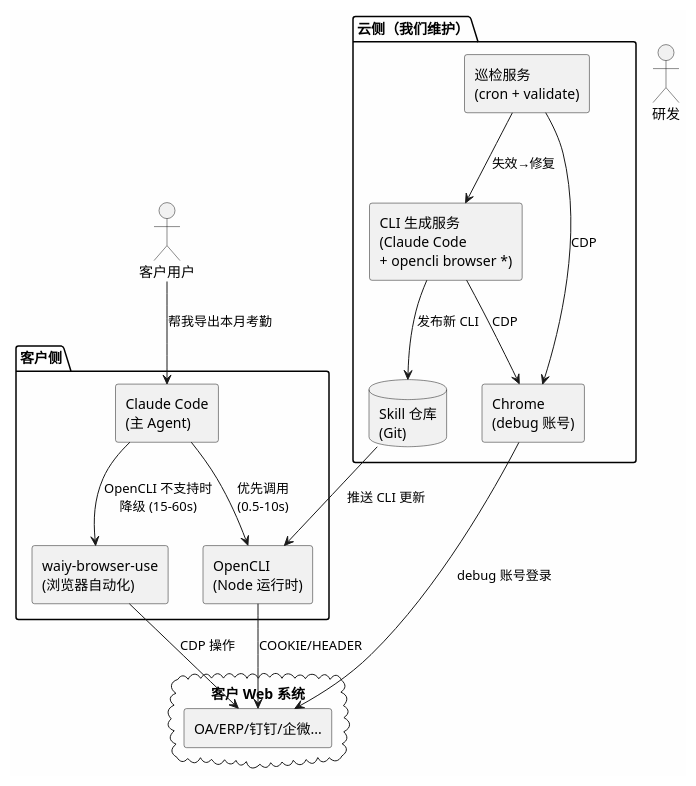
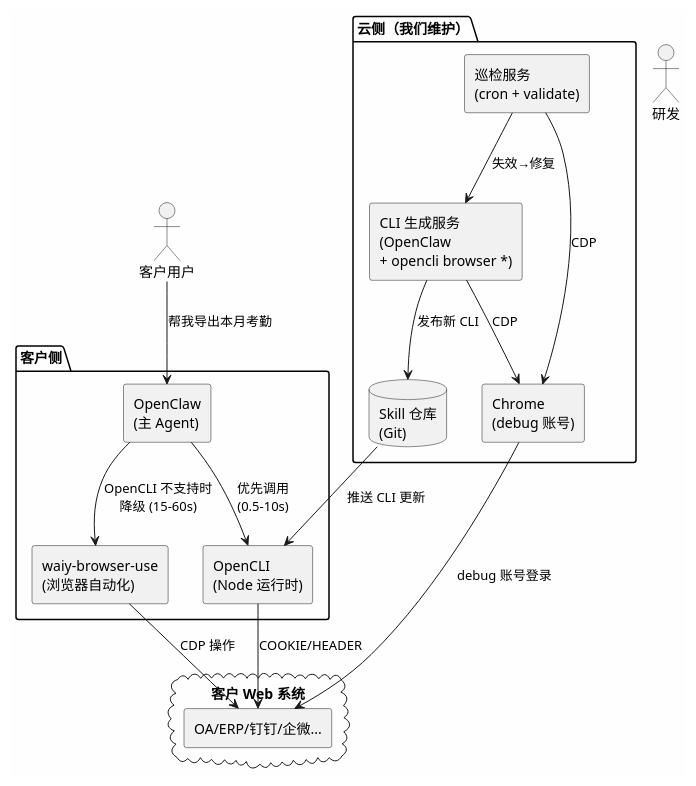
The first of 3 diagrams in doc/office-automation-architecture.md (shadow-cyan/OpenCLI), drawn with PlantUML before and after one commit. The commit also changed other lines of this file, not shown here.

````diff
--- a/doc/office-automation-architecture.md
+++ b/doc/office-automation-architecture.md
@@ -115,41 +184,41 @@
 ```plantuml
 @startuml
 skinparam componentStyle rectangle
 skinparam backgroundColor #FEFEFE
 
 actor "客户用户" as User
 actor "研发" as Dev
 
 package "客户侧" {
-  [Claude Code\n(主 Agent)] as CC
+  [OpenClaw\n(主 Agent)] as CC
   [OpenCLI\n(Node 运行时)] as OC
   [waiy-browser-use\n(浏览器自动化)] as BU
 
   CC --> OC : 优先调用\n(0.5-10s)
   CC --> BU : OpenCLI 不支持时\n降级 (15-60s)
 }
 
 package "云侧（我们维护）" {
-  [CLI 生成服务\n(Claude Code\n+ opencli browser *)] as Factory
+  [CLI 生成服务\n(OpenClaw\n+ opencli browser *)] as Factory
   [巡检服务\n(cron + validate)] as Patrol
   database "Skill 仓库\n(Git)" as Repo
   [Chrome\n(debug 账号)] as Chrome
 
   Factory --> Chrome : CDP
   Patrol --> Chrome : CDP
   Factory --> Repo : 发布新 CLI
   Patrol --> Factory : 失效→修复
 }
 
 cloud "客户 Web 系统" {
   [OA/ERP/钉钉/企微...] as WebSys
 }
 
 User --> CC : "帮我导出本月考勤"
 Repo --> OC : 推送 CLI 更新
 OC --> WebSys : COOKIE/HEADER
 BU --> WebSys : CDP 操作
 Chrome --> WebSys : debug 账号登录
 
 @enduml
 ```
````
